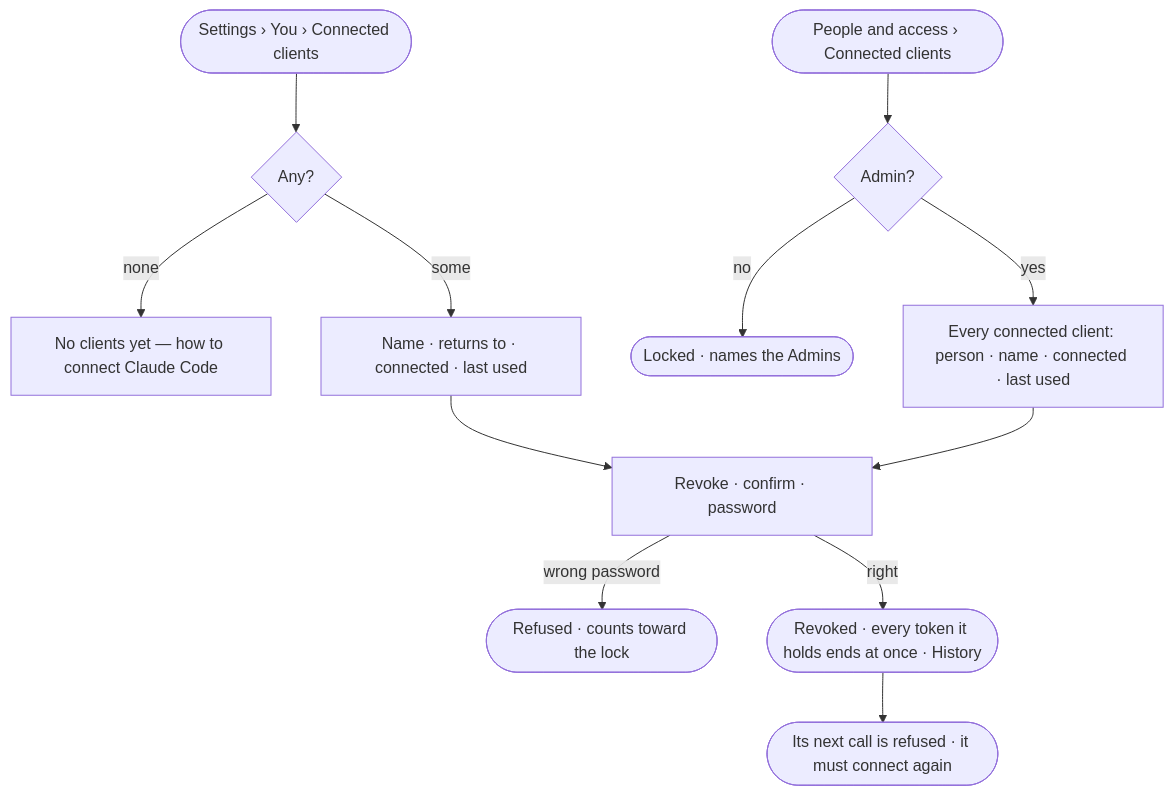
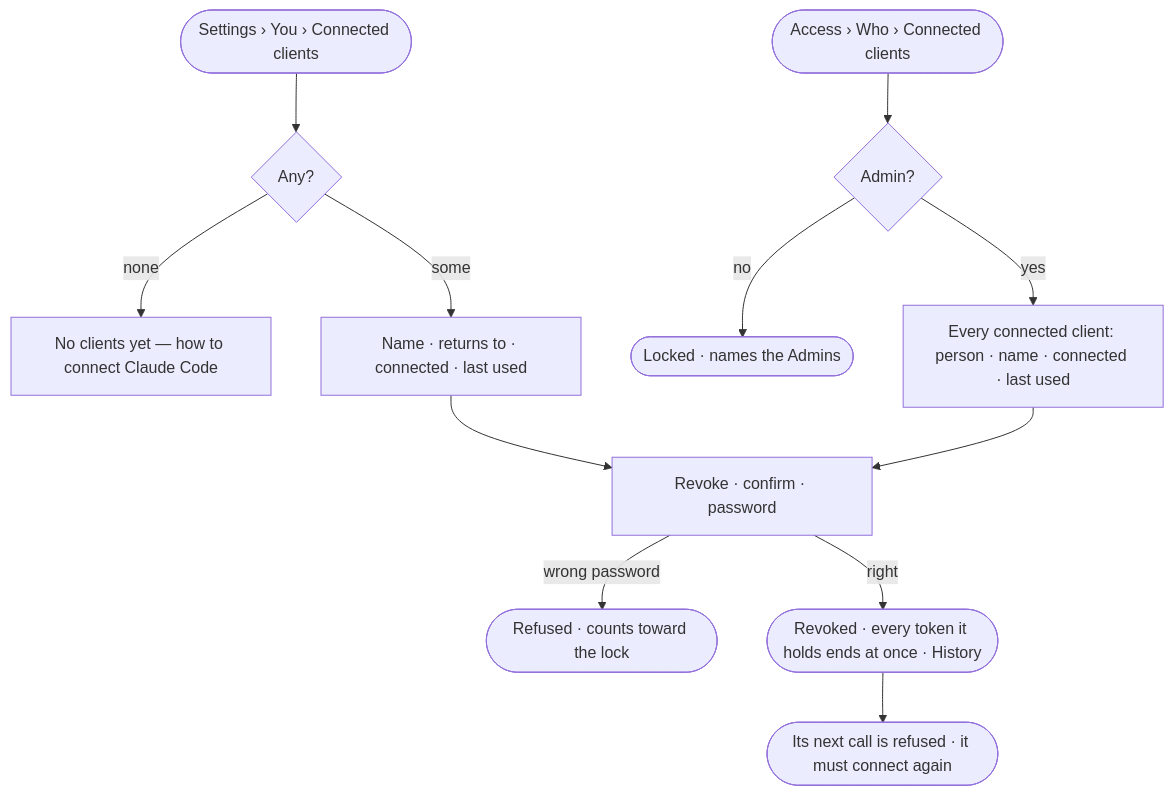
The diagram in specs/os/access/features/AC-F11-connect-an-mcp-client/stories/AC-36-see-and-revoke-connected-clients/story.md (invana/invana), drawn with Mermaid before and after one commit. The commit also changed other lines of this file and 133 other files, not shown here.

````diff
--- a/specs/os/access/features/AC-F11-connect-an-mcp-client/stories/AC-36-see-and-revoke-connected-clients/story.md
+++ b/specs/os/access/features/AC-F11-connect-an-mcp-client/stories/AC-36-see-and-revoke-connected-clients/story.md
@@ -26,14 +26,14 @@
 ```mermaid
 flowchart TD
   me([Settings › You › Connected clients]) --> l{"Any?"}
   l -->|none| e["No clients yet — how to connect Claude Code"]
   l -->|some| k["Name · returns to · connected · last used"]
-  ad([People and access › Connected clients]) --> who{"Admin?"}
+  ad([Access › Who › Connected clients]) --> who{"Admin?"}
   who -->|no| lk(["Locked · names the Admins"])
   who -->|yes| all["Every connected client: person · name · connected · last used"]
   k --> rv["Revoke · confirm · password"]
   all --> rv
   rv -->|wrong password| pr(["Refused · counts toward the lock"])
   rv -->|right| gone(["Revoked · every token it holds ends at once · History"])
   gone --> next(["Its next call is refused · it must connect again"])
 ```
````
